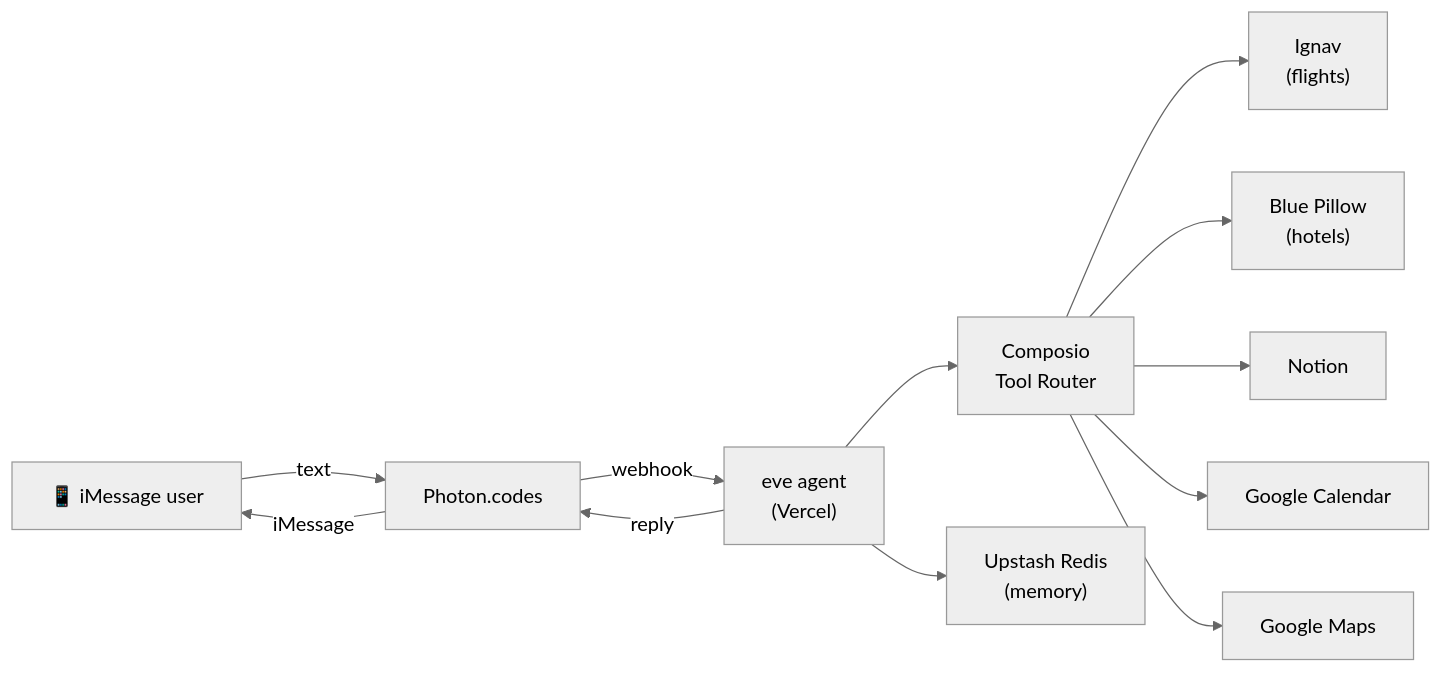
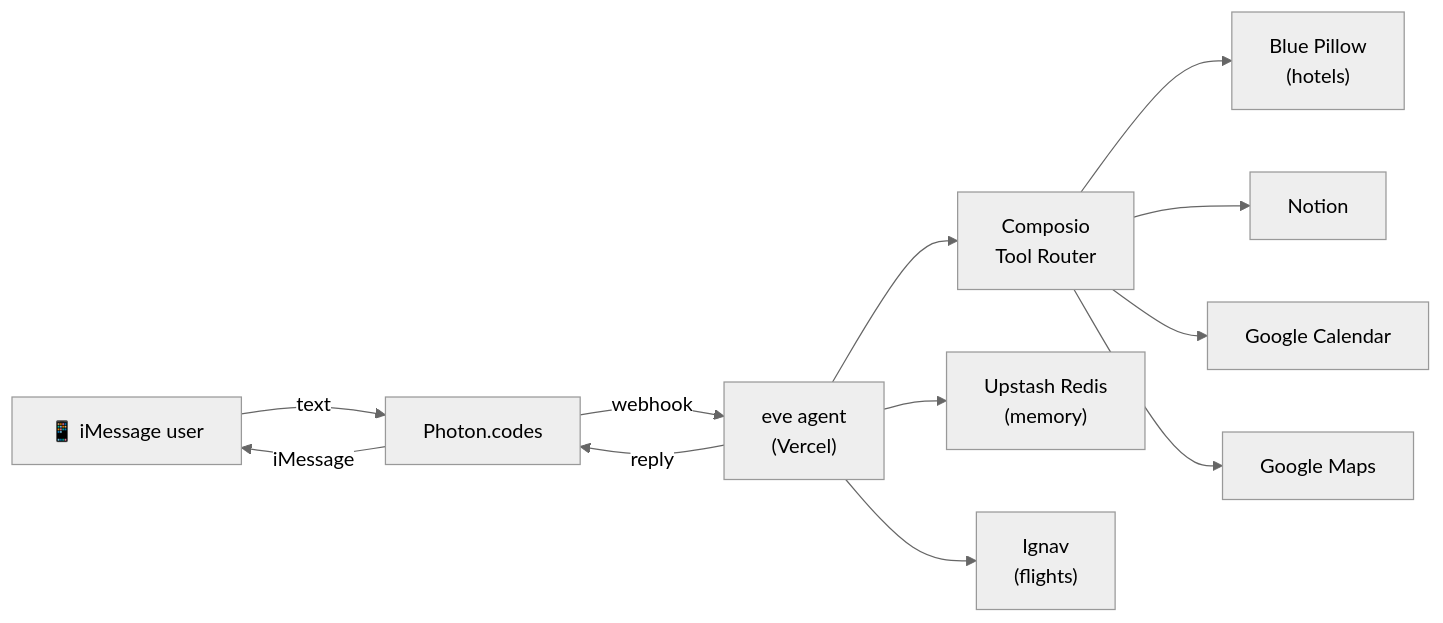
The diagram in README.md (dzulhelmynazri/trippilot), drawn with Mermaid (neutral theme) before and after one commit. The commit also changed other lines of this file and 7 other files, not shown here.

````diff
--- a/README.md
+++ b/README.md
@@ -31,25 +31,25 @@
 ```mermaid
 flowchart LR
   User["📱 iMessage user"]
   Photon["Photon.codes"]
   Eve["eve agent\n(Vercel)"]
   Composio["Composio\nTool Router"]
   Upstash["Upstash Redis\n(memory)"]
   Ignav["Ignav\n(flights)"]
   Hotels["Blue Pillow\n(hotels)"]
   Notion["Notion"]
   Calendar["Google Calendar"]
   Maps["Google Maps"]
 
   User -->|text| Photon
   Photon -->|webhook| Eve
+  Eve --> Ignav
   Eve --> Composio
   Eve --> Upstash
-  Composio --> Ignav
   Composio --> Hotels
   Composio --> Notion
   Composio --> Calendar
   Composio --> Maps
   Eve -->|reply| Photon
   Photon -->|iMessage| User
 ```
````
